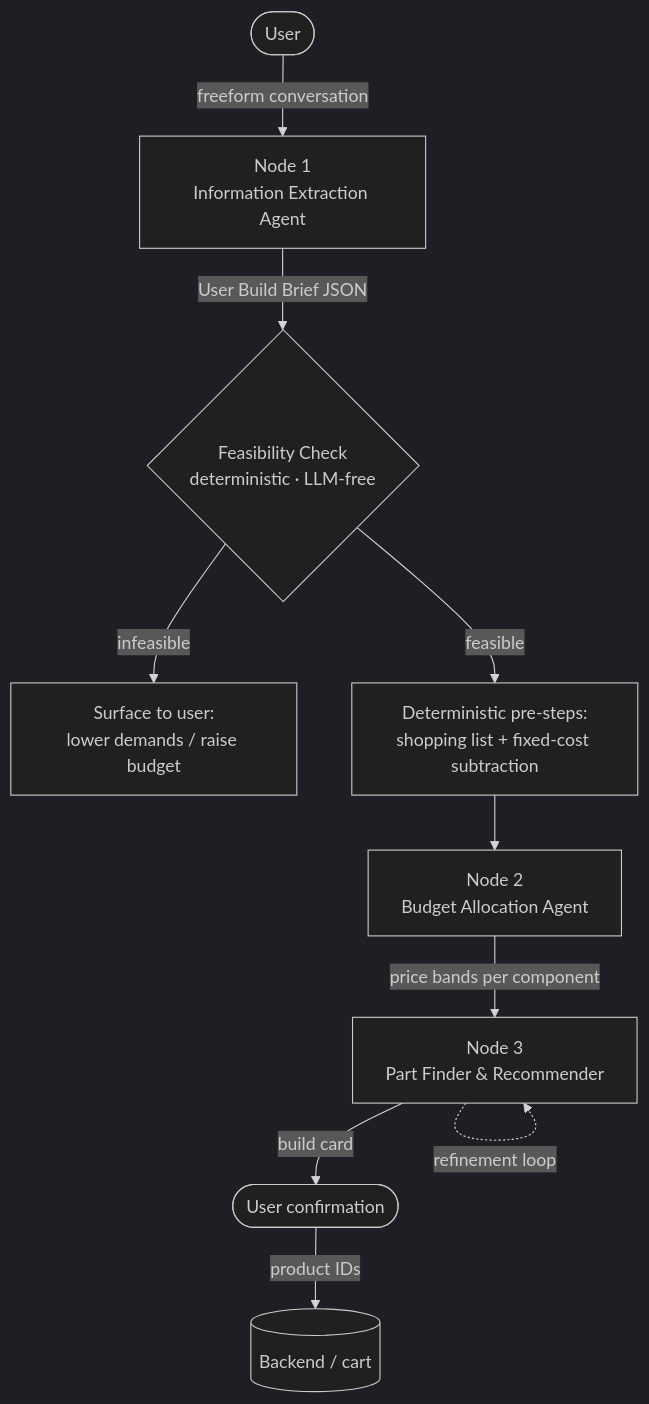
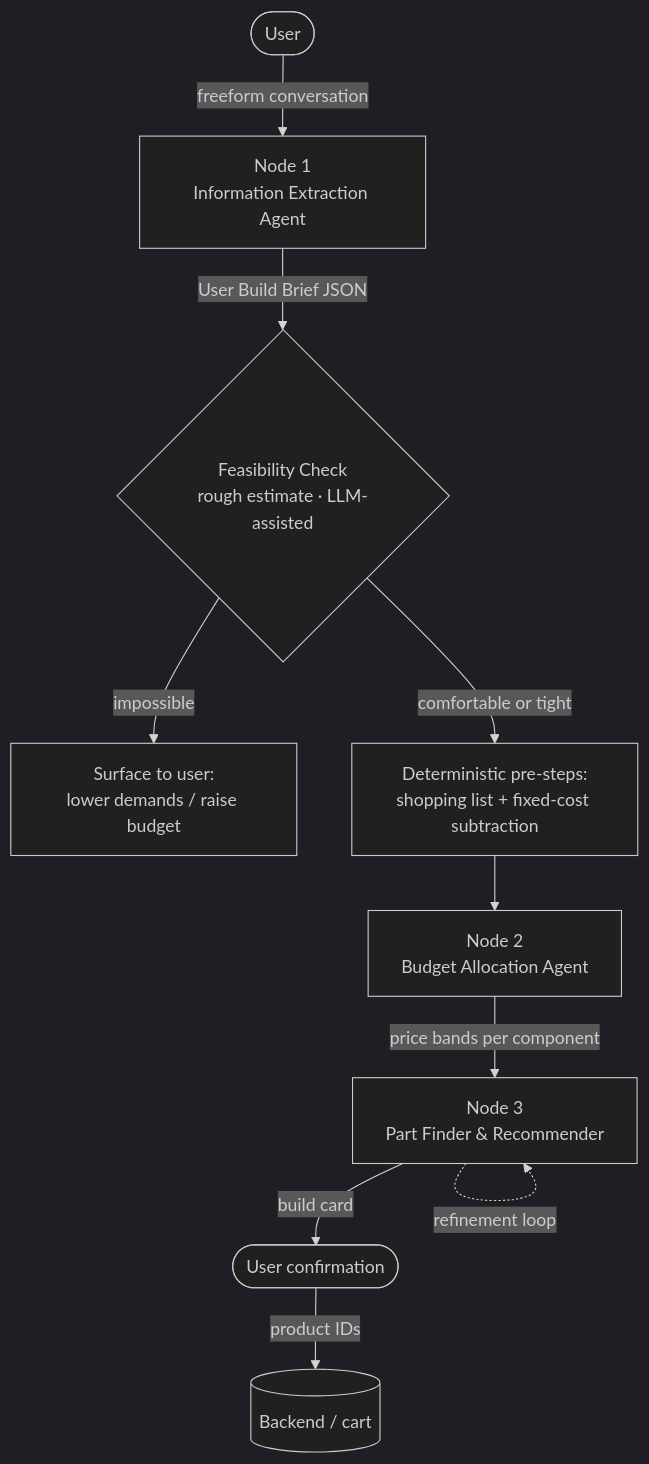
One commit to Arnav1108/Karma changed the first of 2 diagrams in karma ai/DESIGN.md. Above: the diagram before and after it, drawn with Mermaid (dark theme). The commit also changed other lines of this file, not shown here.

Commit message:
docs: add Karma Advisor architecture design doc

````diff
--- a/karma ai/DESIGN.md
+++ b/karma ai/DESIGN.md
@@ -15,12 +15,12 @@
 ```mermaid
 flowchart TD
     U([User]) -->|freeform conversation| N1[Node 1<br/>Information Extraction Agent]
-    N1 -->|User Build Brief JSON| FC{Feasibility Check<br/>deterministic · LLM-free}
-    FC -->|infeasible| FAIL[Surface to user:<br/>lower demands / raise budget]
-    FC -->|feasible| PRE[Deterministic pre-steps:<br/>shopping list + fixed-cost subtraction]
+    N1 -->|User Build Brief JSON| FC{Feasibility Check<br/>rough estimate · LLM-assisted}
+    FC -->|impossible| FAIL[Surface to user:<br/>lower demands / raise budget]
+    FC -->|comfortable or tight| PRE[Deterministic pre-steps:<br/>shopping list + fixed-cost subtraction]
     PRE --> N2[Node 2<br/>Budget Allocation Agent]
     N2 -->|price bands per component| N3[Node 3<br/>Part Finder & Recommender]
     N3 -->|build card| CONFIRM([User confirmation])
     CONFIRM -->|product IDs| BACKEND[(Backend / cart)]
     N3 -. refinement loop .-> N3
 ```
````
